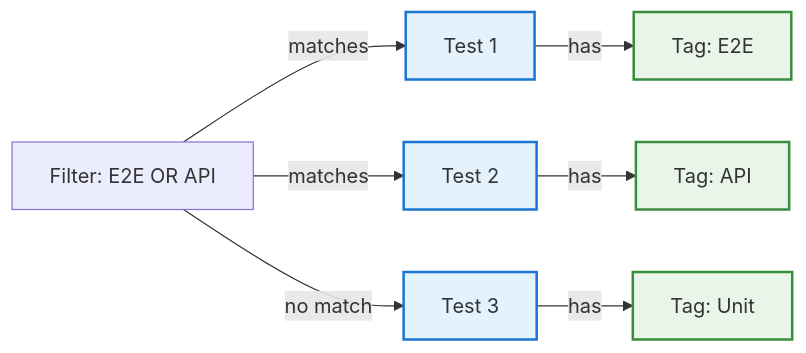
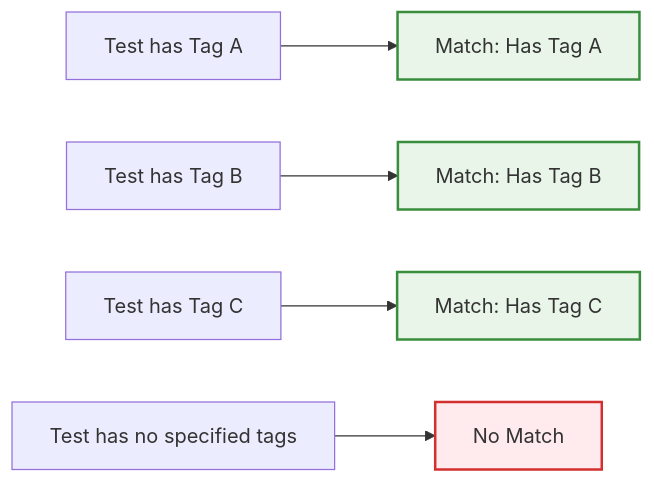
Before and after one commit to supercheck-io/supercheck: the seventh of 12 diagrams in specs/05-features/tag-system.md, drawn with Mermaid. The commit also changed other lines of this file, not shown here.

First line of the commit message:
Fix tag-system.md: correct Mermaid syntax and clarify user-defined colors

````diff
--- a/specs/05-features/tag-system.md
+++ b/specs/05-features/tag-system.md
@@ -207,16 +213,13 @@
 ```mermaid
 graph LR
-    A[Test 1] -->|has| T1[Tag: E2E]
-    B[Test 2] -->|has| T2[Tag: API]
-    C[Test 3] -->|has| T3[Tag: Unit]
+    A[Test has Tag A] --> MATCH1[Match: Has Tag A]
+    B[Test has Tag B] --> MATCH2[Match: Has Tag B]
+    C[Test has Tag C] --> MATCH3[Match: Has Tag C]
+    D[Test has no specified tags] --> NOMATCH[No Match]
 
-    D[Filter: E2E OR API] -->|matches| A
-    D -->|matches| B
-    D -->|no match| C
+    classDef match fill:#e8f5e8,stroke:#388e3c,stroke-width:2px
+    classDef nomatch fill:#ffebee,stroke:#d32f2f,stroke-width:2px
 
-    classDef test fill:#e3f2fd,stroke:#1976d2,stroke-width:2px
-    classDef tag fill:#e8f5e8,stroke:#388e3c,stroke-width:2px
-
-    class A,B,C test
-    class T1,T2,T3 tag
+    class MATCH1,MATCH2,MATCH3 match
+    class NOMATCH nomatch
 ```
````
